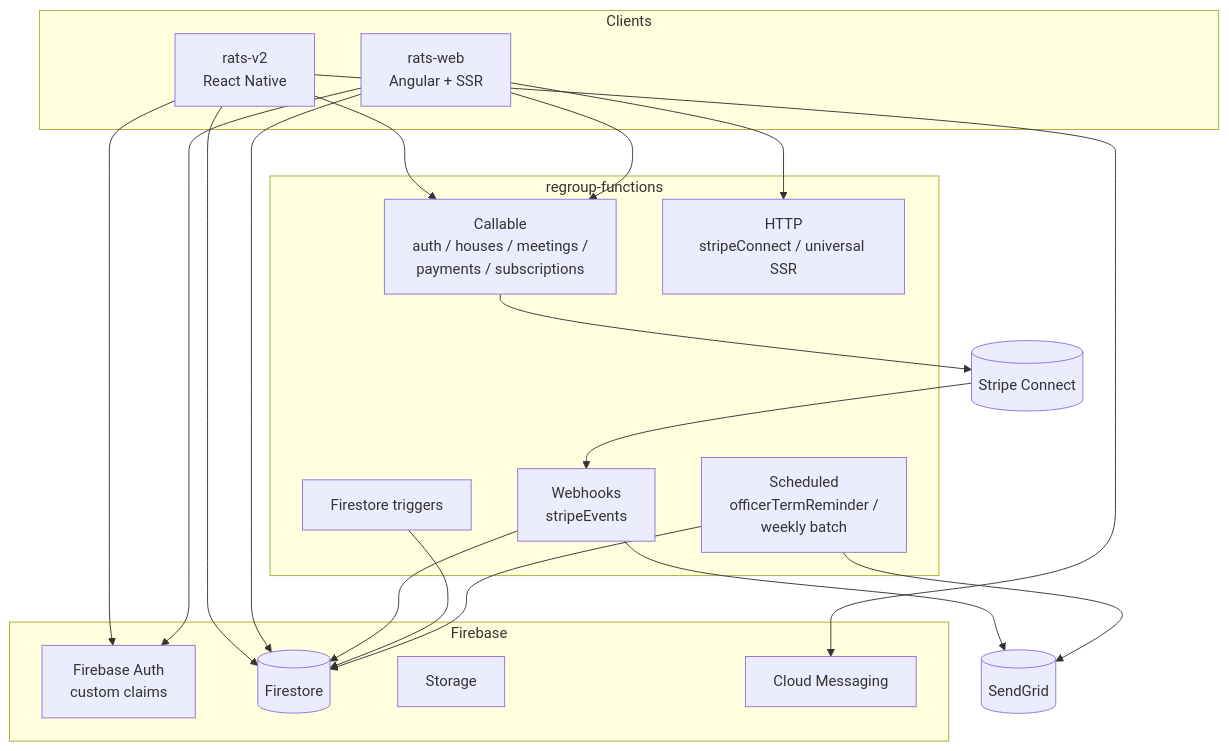
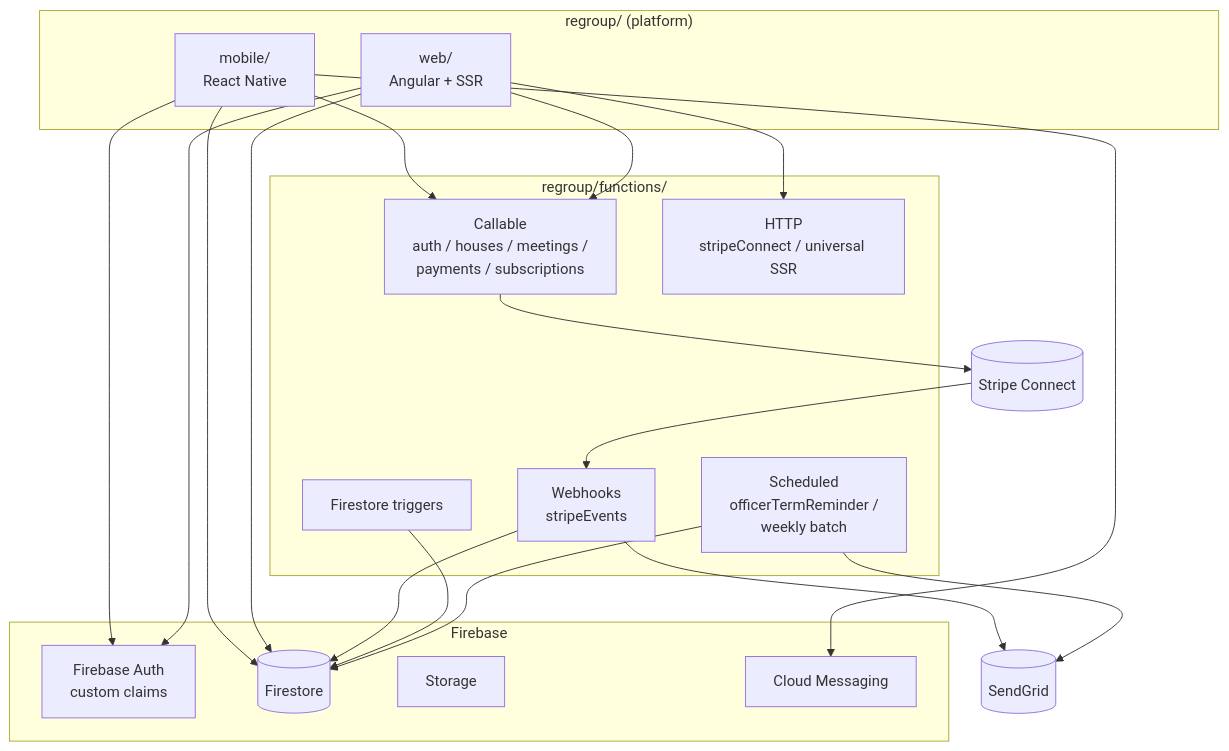
Before and after one commit to marcusk639/recovery-platform: the first of 2 diagrams in docs/ecosystem/product-map.md, drawn with Mermaid. The commit also changed other lines of this file and 3 other files, not shown here.

First line of the commit message:
docs: frame regroup web/functions as platform sub-components, not standalone apps

````diff
--- a/docs/ecosystem/product-map.md
+++ b/docs/ecosystem/product-map.md
@@ -102,41 +102,41 @@
 ```mermaid
 graph TB
-  subgraph Clients
-    RN[rats-v2<br/>React Native]
-    NG[rats-web<br/>Angular + SSR]
+  subgraph "regroup/ (platform)"
+    RN[mobile/<br/>React Native]
+    NG[web/<br/>Angular + SSR]
   end
 
   subgraph Firebase
     Auth[Firebase Auth<br/>custom claims]
     FS[(Firestore)]
     Stor[Storage]
     FCM[Cloud Messaging]
   end
 
-  subgraph "regroup-functions"
+  subgraph "regroup/functions/"
     Call[Callable<br/>auth / houses / meetings /<br/>payments / subscriptions]
     Http[HTTP<br/>stripeConnect / universal SSR]
     Hook[Webhooks<br/>stripeEvents]
     Sched[Scheduled<br/>officerTermReminder /<br/>weekly batch]
     Trig[Firestore triggers]
   end
 
   Stripe[(Stripe Connect)]
   SG[(SendGrid)]
 
   RN --> Auth
   NG --> Auth
   RN --> FS
   NG --> FS
   RN --> Call
   NG --> Call
   NG --> Http
   Stripe --> Hook
   Hook --> FS
   Hook --> SG
   Call --> Stripe
   Trig --> FS
   Sched --> FS
   Sched --> SG
   RN --> FCM
 ```
````
